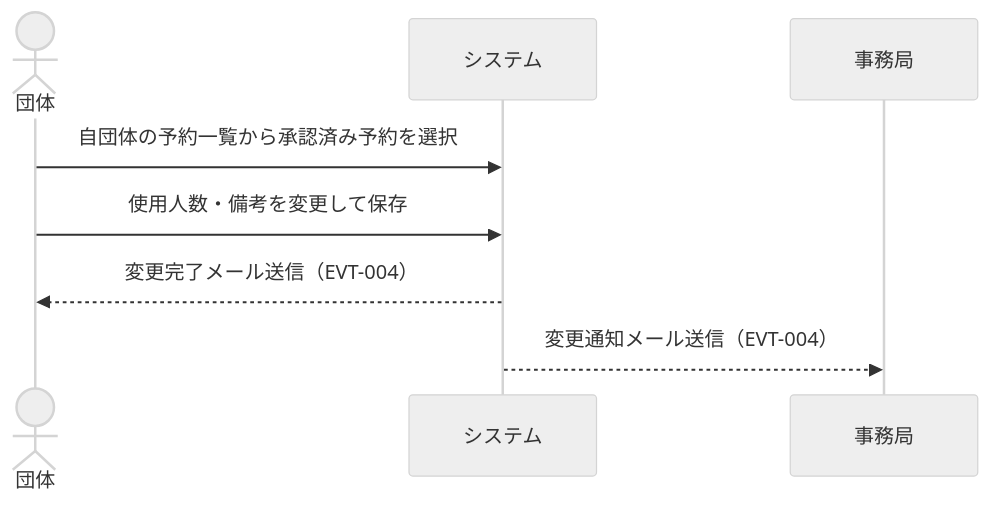
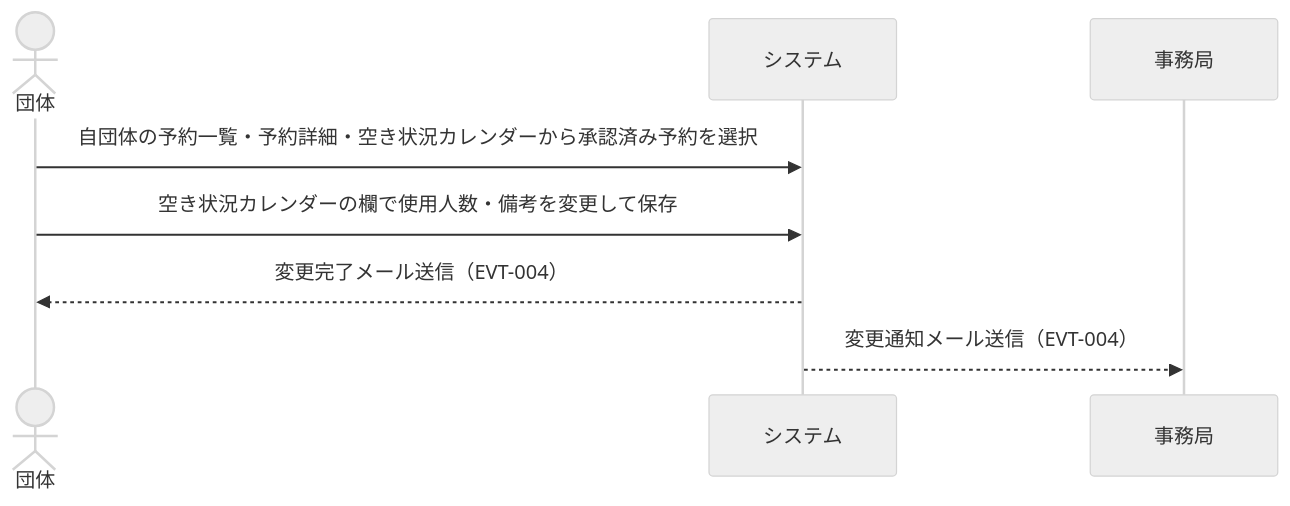
The sixth of 8 diagrams in rdra/contexts/reservation-application.md (gdsc-osaka/iclub-reserve), drawn with Mermaid (neutral theme) before and after one commit. The commit also changed other lines of this file and 4 other files, not shown here.

````diff
--- a/rdra/contexts/reservation-application.md
+++ b/rdra/contexts/reservation-application.md
@@ -315,11 +315,11 @@
 ```mermaid
 sequenceDiagram
     actor 団体
     participant システム
     participant 事務局
 
-    団体->>システム: 自団体の予約一覧から承認済み予約を選択
-    団体->>システム: 使用人数・備考を変更して保存
+    団体->>システム: 自団体の予約一覧・予約詳細・空き状況カレンダーから承認済み予約を選択
+    団体->>システム: 空き状況カレンダーの欄で使用人数・備考を変更して保存
     システム-->>団体: 変更完了メール送信（EVT-004）
     システム-->>事務局: 変更通知メール送信（EVT-004）
 ```
````
